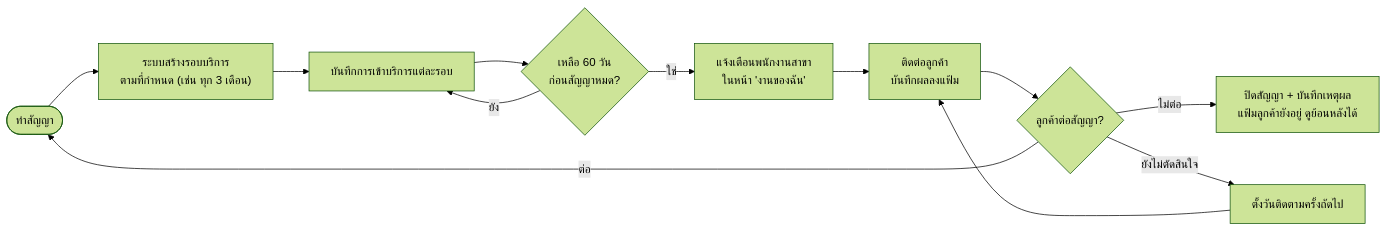
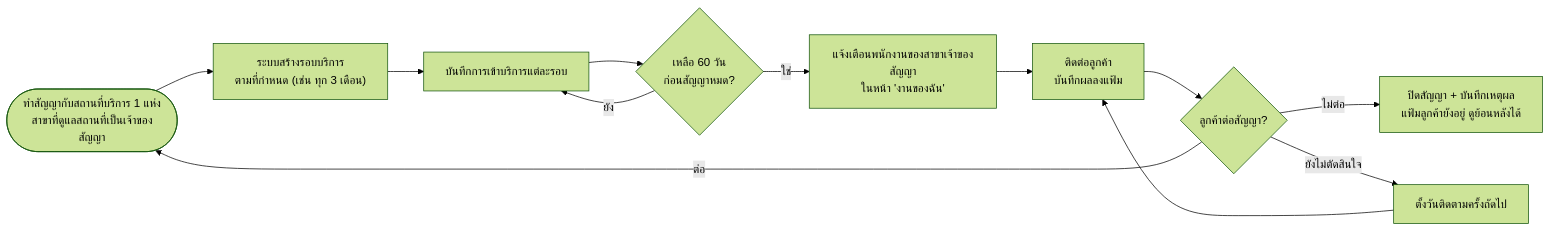
Before and after one commit to warayuthsema-alt/my-house-sh2401: the fifth of 7 diagrams in docs/research/2026-11-07-advance-group-asia-workflow-diagrams.md, drawn with Mermaid (forest theme). The commit also changed other lines of this file and 1 other file, not shown here.

First line of the commit message:
Workflow diagrams: one contract per site and branch

````diff
--- a/docs/research/2026-11-07-advance-group-asia-workflow-diagrams.md
+++ b/docs/research/2026-11-07-advance-group-asia-workflow-diagrams.md
@@ -172,13 +172,13 @@
 ```mermaid
 flowchart LR
-    A(["ทำสัญญา"]) --> B["ระบบสร้างรอบบริการ<br/>ตามที่กำหนด (เช่น ทุก 3 เดือน)"]
+    A(["ทำสัญญากับสถานที่บริการ 1 แห่ง<br/>สาขาที่ดูแลสถานที่เป็นเจ้าของสัญญา"]) --> B["ระบบสร้างรอบบริการ<br/>ตามที่กำหนด (เช่น ทุก 3 เดือน)"]
     B --> C["บันทึกการเข้าบริการแต่ละรอบ"]
     C --> D{"เหลือ 60 วัน<br/>ก่อนสัญญาหมด?"}
     D -- "ยัง" --> C
-    D -- "ใช่" --> E["แจ้งเตือนพนักงานสาขา<br/>ในหน้า 'งานของฉัน'"]
+    D -- "ใช่" --> E["แจ้งเตือนพนักงานของสาขาเจ้าของสัญญา<br/>ในหน้า 'งานของฉัน'"]
     E --> F["ติดต่อลูกค้า<br/>บันทึกผลลงแฟ้ม"]
     F --> G{"ลูกค้าต่อสัญญา?"}
     G -- "ต่อ" --> A
     G -- "ไม่ต่อ" --> H["ปิดสัญญา + บันทึกเหตุผล<br/>แฟ้มลูกค้ายังอยู่ ดูย้อนหลังได้"]
     G -- "ยังไม่ตัดสินใจ" --> I["ตั้งวันติดตามครั้งถัดไป"] --> F
 ```
````
